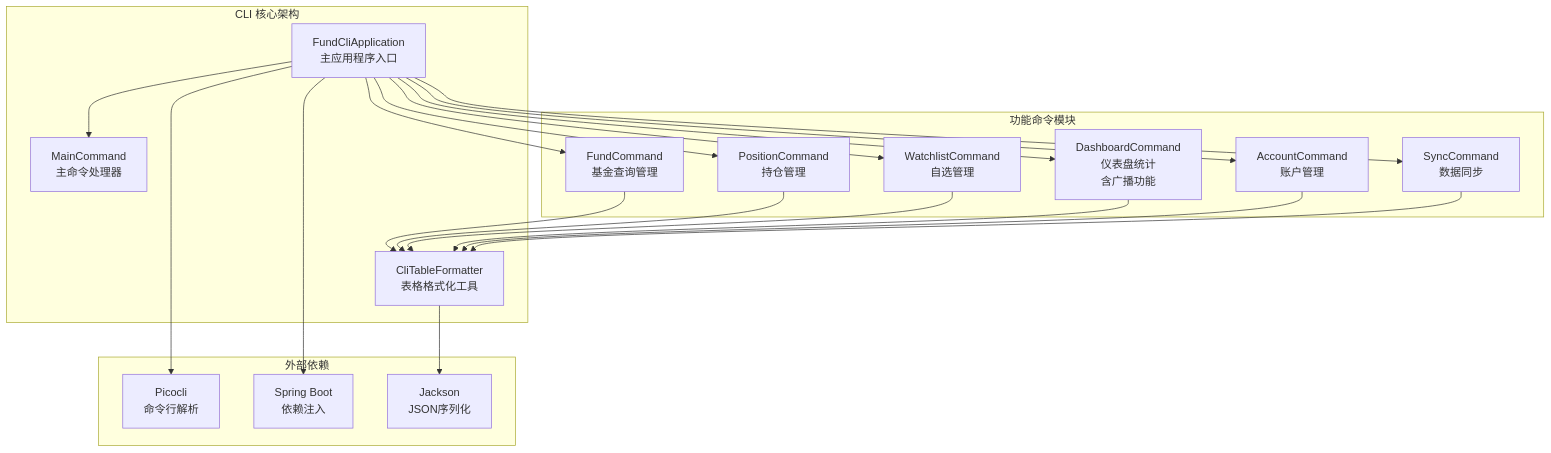
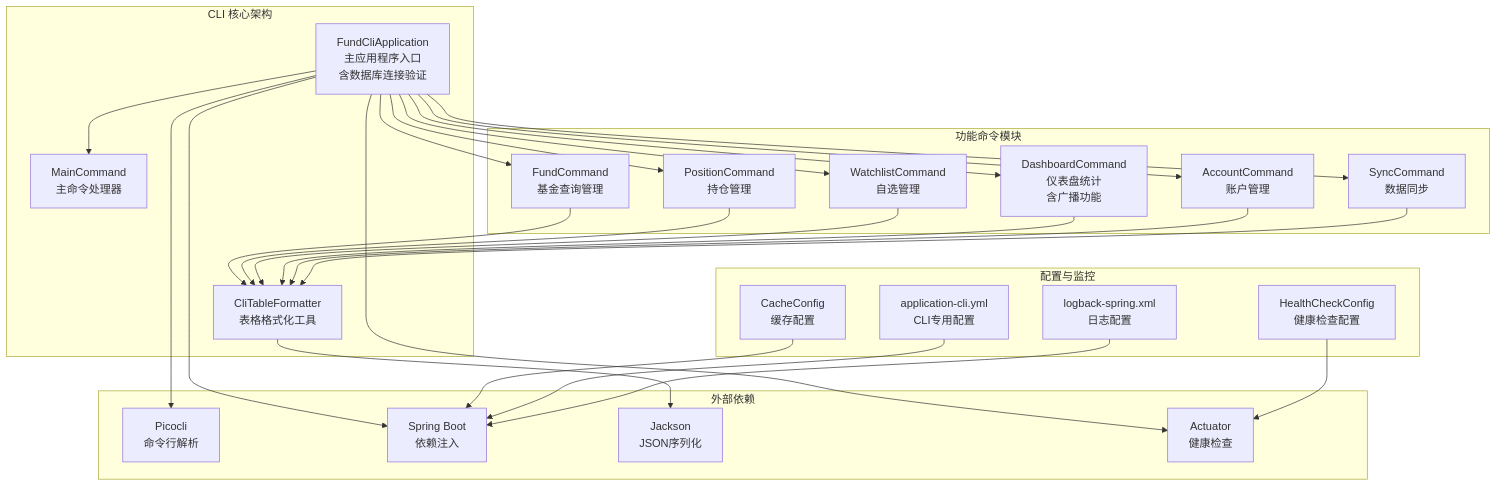
Before and after one commit to gree-coder/fund-butler: the first of 9 diagrams in .qoder/repowiki/zh/content/核心功能开发/命令行界面.md, drawn with Mermaid. The commit also changed other lines of this file and 4 other files, not shown here.

````diff
--- a/.qoder/repowiki/zh/content/核心功能开发/命令行界面.md
+++ b/.qoder/repowiki/zh/content/核心功能开发/命令行界面.md
@@ -49,37 +55,49 @@
 ```mermaid
 graph TB
 subgraph "CLI 核心架构"
-A[FundCliApplication<br/>主应用程序入口]
+A[FundCliApplication<br/>主应用程序入口<br/>含数据库连接验证]
 B[MainCommand<br/>主命令处理器]
 C[CliTableFormatter<br/>表格格式化工具]
 end
 subgraph "功能命令模块"
 D[FundCommand<br/>基金查询管理]
 E[PositionCommand<br/>持仓管理]
 F[WatchlistCommand<br/>自选管理]
 G[DashboardCommand<br/>仪表盘统计<br/>含广播功能]
 H[AccountCommand<br/>账户管理]
 I[SyncCommand<br/>数据同步]
 end
+subgraph "配置与监控"
+J[HealthCheckConfig<br/>健康检查配置]
+K[CacheConfig<br/>缓存配置]
+L[application-cli.yml<br/>CLI专用配置]
+M[logback-spring.xml<br/>日志配置]
+end
 subgraph "外部依赖"
-J[Picocli<br/>命令行解析]
-K[Spring Boot<br/>依赖注入]
-L[Jackson<br/>JSON序列化]
+N[Picocli<br/>命令行解析]
+O[Spring Boot<br/>依赖注入]
+P[Jackson<br/>JSON序列化]
+Q[Actuator<br/>健康检查]
 end
 A --> B
 A --> D
 A --> E
 A --> F
 A --> G
 A --> H
 A --> I
 D --> C
 E --> C
 F --> C
 G --> C
 H --> C
 I --> C
-A --> J
-A --> K
-C --> L
+A --> N
+A --> O
+A --> Q
+C --> P
+J --> Q
+K --> O
+L --> O
+M --> O
 ```
````
